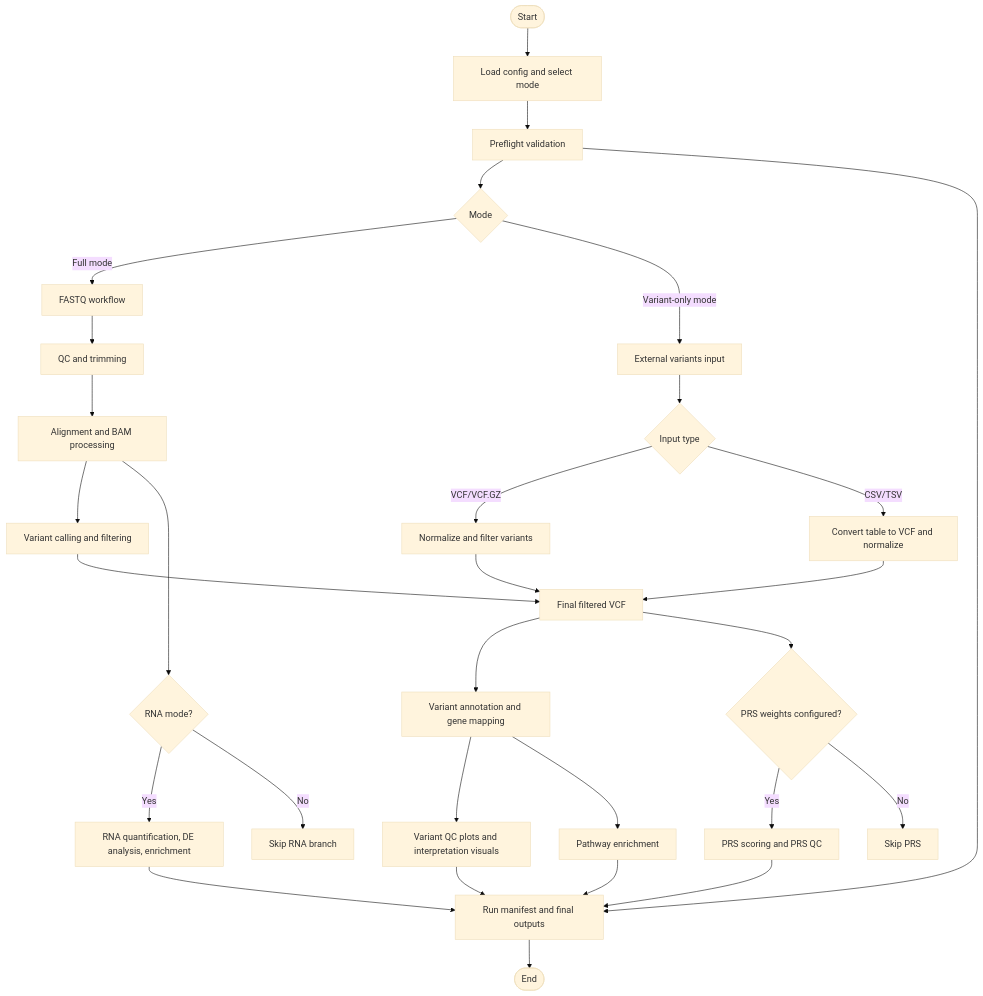
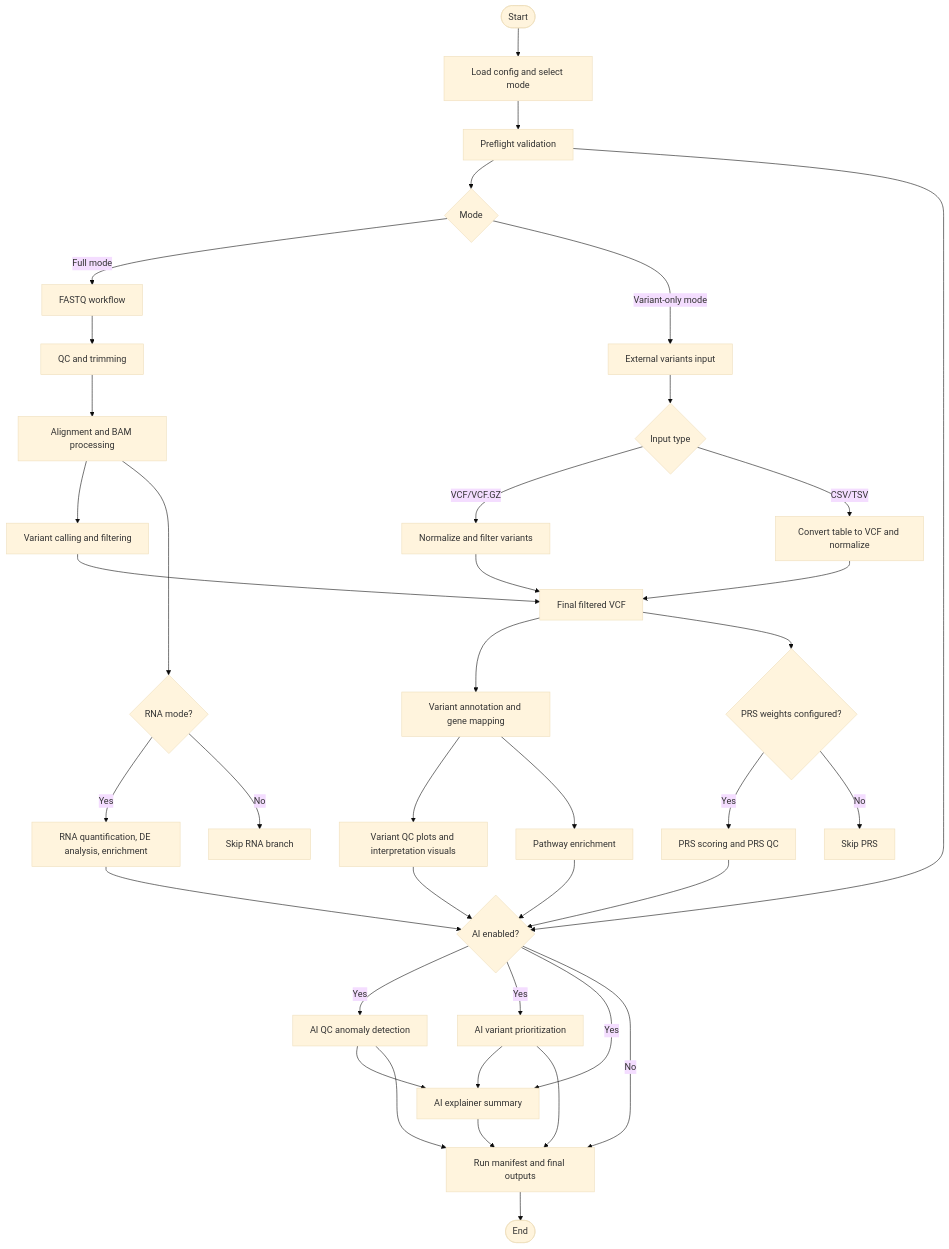
One commit to vamsee2k1/PRS_GWAS_SNP_PIPELINE changed the diagram in README.md. Above: the diagram before and after it, drawn with Mermaid (base theme). The commit also changed 4 other files, not shown here.

Commit message:
docs(flowcharts): add explicit AI branch and outputs across pipeline diagrams

````diff
--- a/README.md
+++ b/README.md
@@ -70,38 +70,49 @@
 ```mermaid
 flowchart TD
     A([Start]) --> B["Load config and select mode"]
     B --> C["Preflight validation"]
     C --> D{"Mode"}
 
     D -->|Full mode| E["FASTQ workflow"]
     E --> E1["QC and trimming"]
     E1 --> E2["Alignment and BAM processing"]
     E2 --> E3["Variant calling and filtering"]
     E3 --> J["Final filtered VCF"]
 
     D -->|Variant-only mode| F["External variants input"]
     F --> F1{"Input type"}
     F1 -->|VCF/VCF.GZ| F2["Normalize and filter variants"]
     F1 -->|CSV/TSV| F3["Convert table to VCF and normalize"]
     F2 --> J
     F3 --> J
 
     J --> K["Variant annotation and gene mapping"]
     K --> L["Variant QC plots and interpretation visuals"]
     K --> M["Pathway enrichment"]
 
     J --> N{"PRS weights configured?"}
     N -->|Yes| O["PRS scoring and PRS QC"]
     N -->|No| P["Skip PRS"]
 
     E2 --> Q{"RNA mode?"}
     Q -->|Yes| R["RNA quantification, DE analysis, enrichment"]
     Q -->|No| S["Skip RNA branch"]
 
-    L --> T["Run manifest and final outputs"]
-    M --> T
-    O --> T
-    R --> T
-    C --> T
+    L --> AIQ{"AI enabled?"}
+    M --> AIQ
+    O --> AIQ
+    R --> AIQ
+    C --> AIQ
+
+    AIQ -->|Yes| AI1["AI QC anomaly detection"]
+    AIQ -->|Yes| AI2["AI variant prioritization"]
+    AIQ -->|Yes| AI3["AI explainer summary"]
+    AI1 --> AI3
+    AI2 --> AI3
+
+    AIQ -->|No| T["Run manifest and final outputs"]
+    AI1 --> T
+    AI2 --> T
+    AI3 --> T
     T --> U([End])
 ```
````
